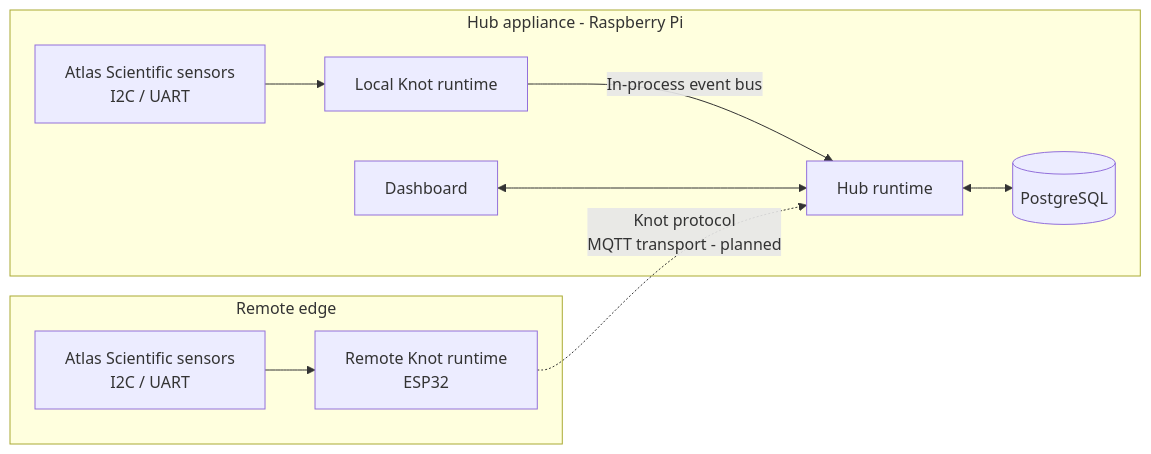
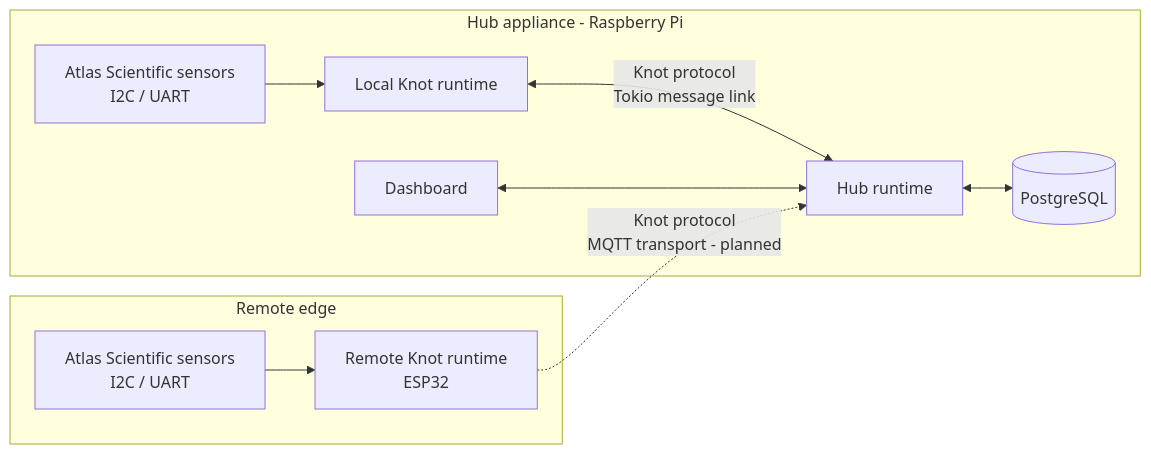
One commit to theredfish/arksync changed the diagram in docs/src/architecture/overview.md. Above: the diagram before and after it, drawn with Mermaid. The commit also changed other lines of this file and 10 other files, not shown here.

Commit message:
Document Knot event messaging architecture

````diff
--- a/docs/src/architecture/overview.md
+++ b/docs/src/architecture/overview.md
@@ -7,23 +7,23 @@
 ```mermaid
 flowchart LR
     subgraph RemoteEdge["Remote edge"]
         RemoteSensors["Atlas Scientific sensors<br/>I2C / UART"]
         EspKnot["Remote Knot runtime<br/>ESP32"]
         RemoteSensors --> EspKnot
     end
 
     subgraph HubAppliance["Hub appliance - Raspberry Pi"]
         LocalSensors["Atlas Scientific sensors<br/>I2C / UART"]
         LocalKnot["Local Knot runtime"]
         Hub["Hub runtime"]
         Dashboard["Dashboard"]
         Postgres[("PostgreSQL")]
 
         LocalSensors --> LocalKnot
-        LocalKnot -->|"In-process event bus"| Hub
+        LocalKnot <-->|"Knot protocol<br/>Tokio message link"| Hub
         Hub <--> Postgres
         Dashboard <--> Hub
     end
 
     EspKnot -.->|"Knot protocol<br/>MQTT transport - planned"| Hub
 ```
````
